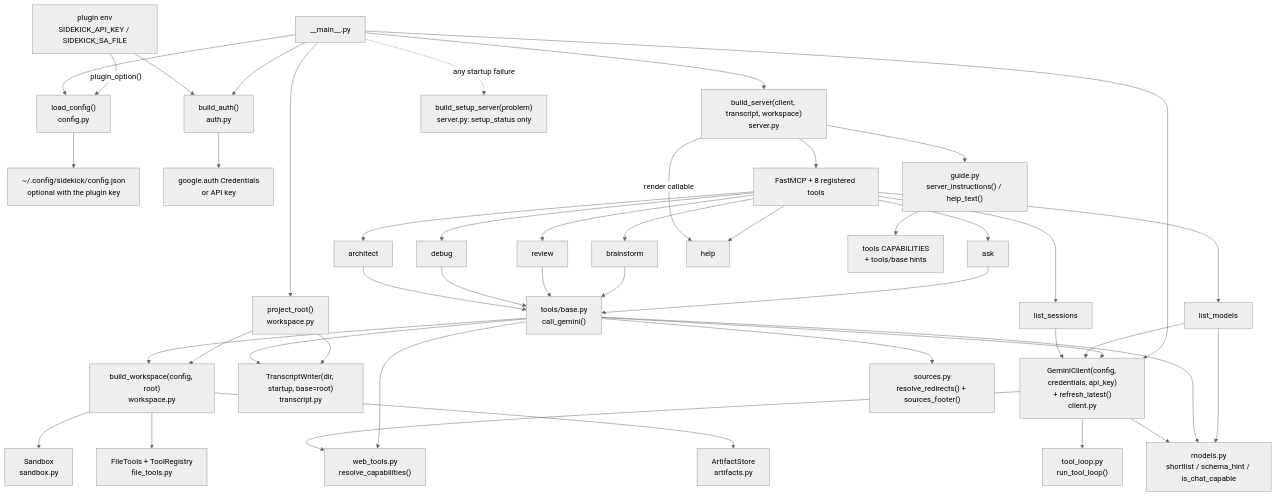
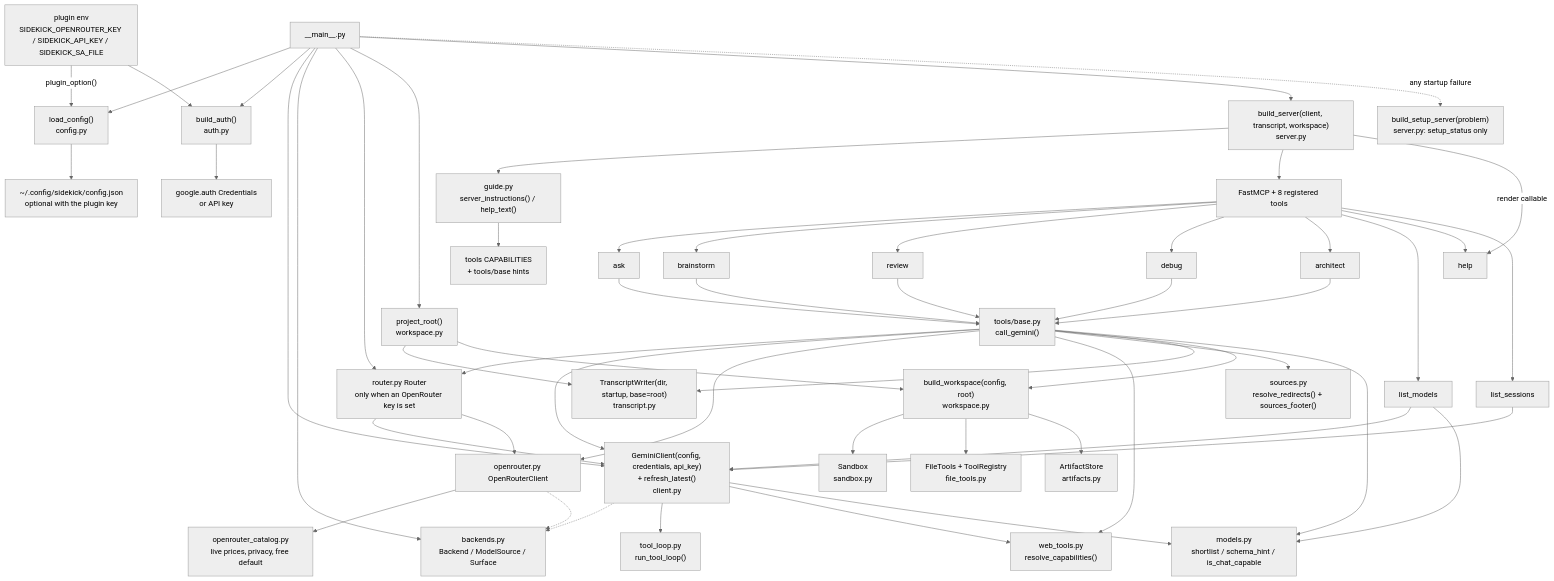
The diagram in docs/diagrams/components.mermaid (FlintAndFilament/sidekick), drawn with Mermaid (neutral theme) before and after one commit. The commit also changed 15 other files, not shown here.

First line of the commit message:
docs: OpenRouter backend: plugin description, auth, configuration, tools, diagrams

```diff
--- a/docs/diagrams/components.mermaid
+++ b/docs/diagrams/components.mermaid
@@ -1,43 +1,52 @@
 graph TD
-    ENV["plugin env<br/>SIDEKICK_API_KEY / SIDEKICK_SA_FILE"] -->|"plugin_option()"| CFG
+    ENV["plugin env<br/>SIDEKICK_OPENROUTER_KEY / SIDEKICK_API_KEY / SIDEKICK_SA_FILE"] -->|"plugin_option()"| CFG
     M["__main__.py"] --> CFG["load_config()<br/>config.py"]
     M --> AUTH["build_auth()<br/>auth.py"]
     M --> CL["GeminiClient(config, credentials, api_key)<br/>+ refresh_latest()<br/>client.py"]
+    M --> BK["backends.py<br/>Backend / ModelSource / Surface"]
+    M --> ROUTER["router.py Router<br/>only when an OpenRouter key is set"]
+    ROUTER --> CL
+    ROUTER --> ORC["openrouter.py OpenRouterClient"]
+    ORC --> CAT["openrouter_catalog.py<br/>live prices, privacy, free default"]
+    CL -.-> BK
+    ORC -.-> BK
     M --> ROOT["project_root()<br/>workspace.py"]
     ROOT --> TR["TranscriptWriter(dir, startup, base=root)<br/>transcript.py"]
     ROOT --> WS["build_workspace(config, root)<br/>workspace.py"]
     M --> SRV["build_server(client, transcript, workspace)<br/>server.py"]
     M -. "any startup failure" .-> SETUP["build_setup_server(problem)<br/>server.py: setup_status only"]
 
     CFG --> JSON["~/.config/sidekick/config.json<br/>optional with the plugin key"]
     ENV --> AUTH
     AUTH --> CRED["google.auth Credentials<br/>or API key"]
 
     WS --> SB["Sandbox<br/>sandbox.py"]
     WS --> FT["FileTools + ToolRegistry<br/>file_tools.py"]
     WS --> AR["ArtifactStore<br/>artifacts.py"]
 
     SRV --> GUIDE["guide.py<br/>server_instructions() / help_text()"]
     SRV --> MCP["FastMCP + 8 registered tools"]
     MCP --> T1["ask"]
     MCP --> T2["brainstorm"]
     MCP --> T3["review"]
     MCP --> T4["debug"]
     MCP --> T5["architect"]
     MCP --> T6["list_models"]
     MCP --> T7["help"]
     MCP --> T8["list_sessions"]
     SRV -- "render callable" --> T7
 
     T1 & T2 & T3 & T4 & T5 --> BASE["tools/base.py<br/>call_gemini()"]
     GUIDE --> CAPS["tools CAPABILITIES<br/>+ tools/base hints"]
+    BASE --> ROUTER
     BASE --> CL
+    BASE --> ORC
     BASE --> WEB["web_tools.py<br/>resolve_capabilities()"]
     BASE --> SRC["sources.py<br/>resolve_redirects() + sources_footer()"]
     BASE --> TR
     BASE --> WS
     CL --> LOOP["tool_loop.py<br/>run_tool_loop()"]
     CL --> WEB
     T6 --> CL
     T6 & BASE & CL --> MOD["models.py<br/>shortlist / schema_hint / is_chat_capable"]
     T8 --> CL
```
